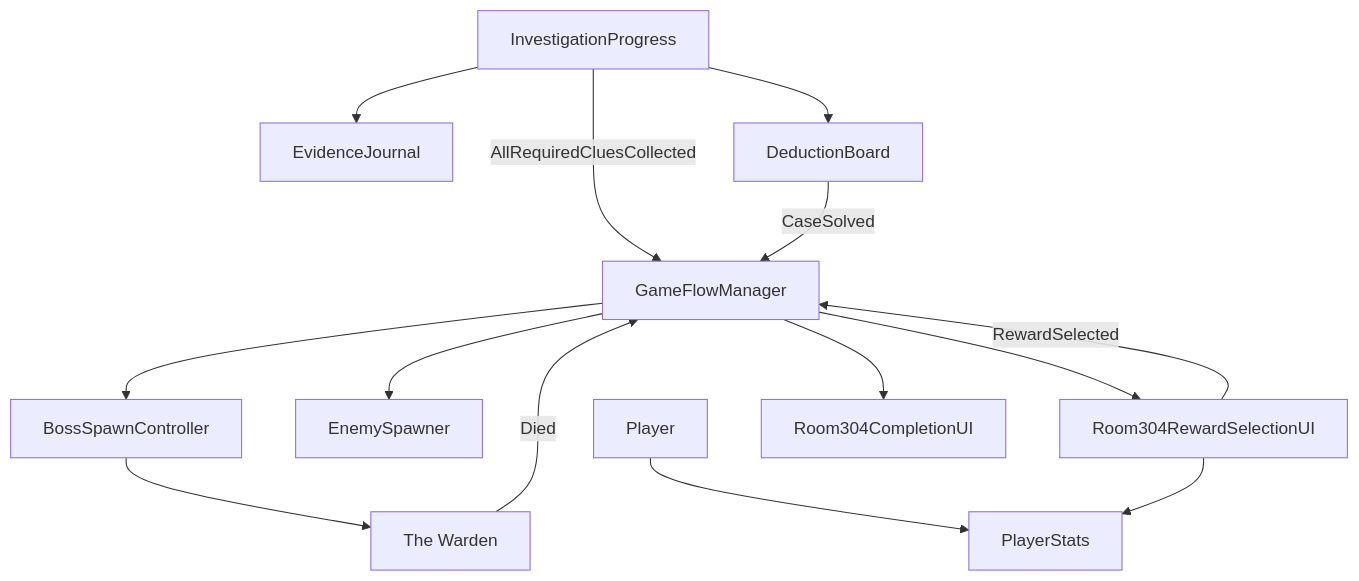
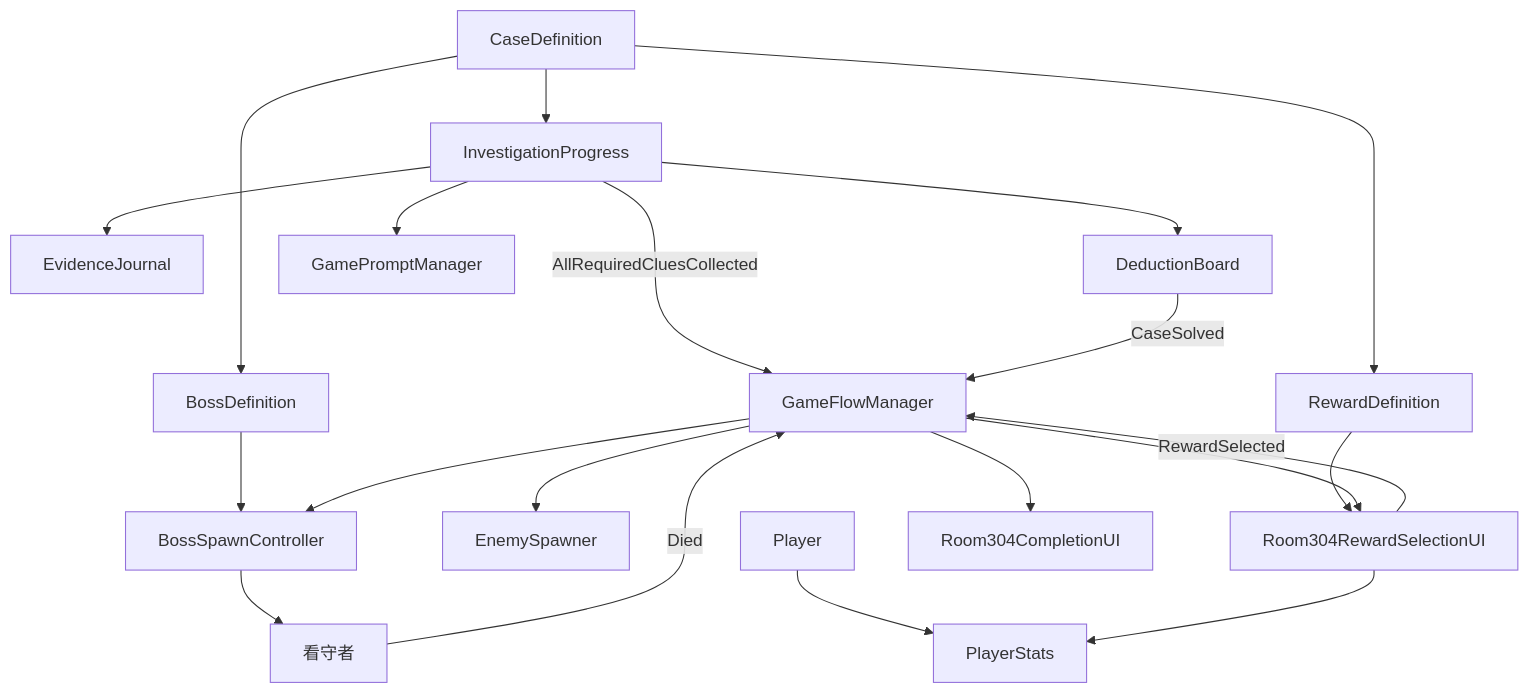
One commit to Vaenix/LostCity changed the diagram in README.md. Above: the diagram before and after it, drawn with Mermaid. The commit also changed other lines of this file and 73 other files, not shown here.

````diff
--- a/README.md
+++ b/README.md
@@ -70,28 +75,38 @@
 ```mermaid
 flowchart TD
     Player["Player"]
     Stats["PlayerStats"]
     Flow["GameFlowManager"]
+    Case["CaseDefinition"]
     Investigation["InvestigationProgress"]
+    BossData["BossDefinition"]
+    RewardData["RewardDefinition"]
     Journal["EvidenceJournal"]
     Deduction["DeductionBoard"]
     Spawner["EnemySpawner"]
     BossSpawn["BossSpawnController"]
-    Boss["The Warden"]
+    Boss["看守者"]
     Reward["Room304RewardSelectionUI"]
     Complete["Room304CompletionUI"]
+    Prompt["GamePromptManager"]
 
     Player --> Stats
+    Case --> Investigation
+    Case --> BossData
+    Case --> RewardData
     Investigation --> Journal
     Investigation --> Deduction
+    Investigation --> Prompt
     Investigation -- "AllRequiredCluesCollected" --> Flow
     Deduction -- "CaseSolved" --> Flow
     Flow --> Spawner
+    BossData --> BossSpawn
     Flow --> BossSpawn
     BossSpawn --> Boss
     Boss -- "Died" --> Flow
+    RewardData --> Reward
     Flow --> Reward
     Reward -- "RewardSelected" --> Flow
     Reward --> Stats
     Flow --> Complete
 ```
````
